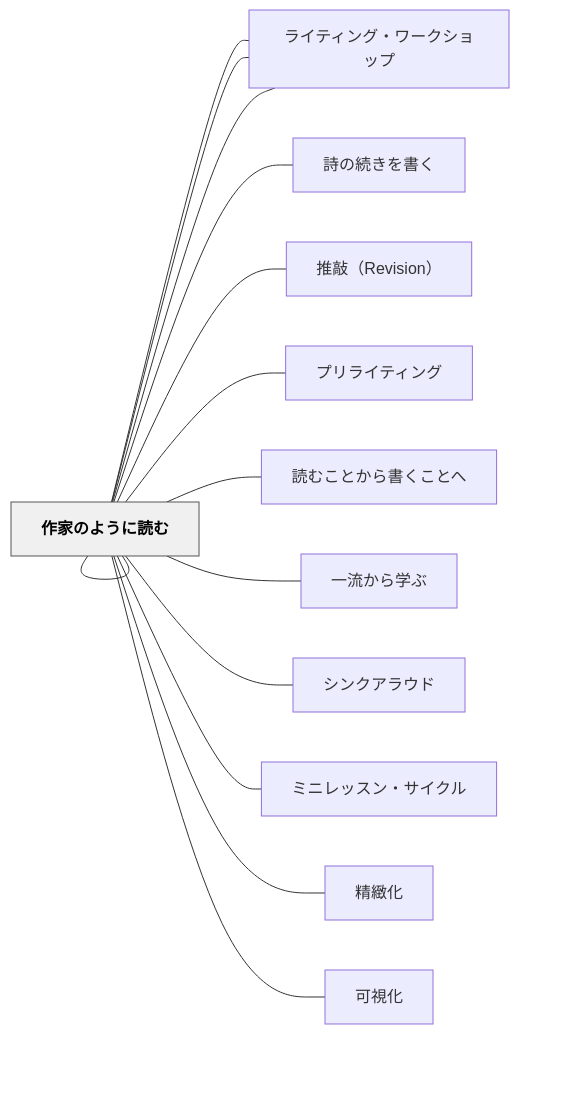
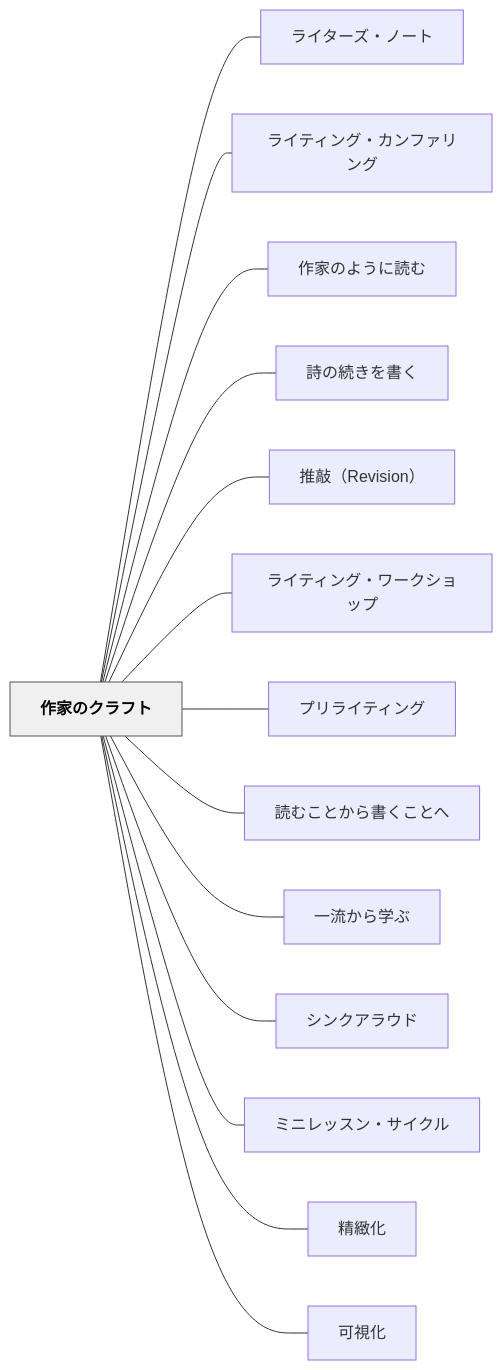
Before and after one commit to unknownthings-ed-patterns/unknownthings-ed-patterns: the diagram in content/パタン/作家のクラフト.md, drawn with Mermaid. The commit also changed 527 other files, not shown here.

````diff
--- a/content/パタン/作家のクラフト.md
+++ b/content/パタン/作家のクラフト.md
@@ -206,34 +206,34 @@
 ```mermaid
 flowchart LR
-    ne4bd9ce5aeb6["作家のクラフト"]
-    ne383a9e382a4["ライターズ・ノート"]
-    ne383a9e382a4["ライティング・カンファリング"]
-    ne4bd9ce5aeb6["作家のように読む"]
-    ne8a9a9e381ae["詩の続きを書く"]
-    ne68ea8e695b2["推敲（Revision）"]
-    ne383a9e382a4["ライティング・ワークショップ"]
-    ne38397e383aa["プリライティング"]
-    ne8aaade38280["読むことから書くことへ"]
-    ne4b880e6b581["一流から学ぶ"]
-    ne382b7e383b3["シンクアラウド"]
-    ne3839fe3838b["ミニレッスン・サイクル"]
-    ne7b2bee7b7bb["精緻化"]
-    ne58fafe8a696["可視化"]
+    ne4bd9ce5aeb6e381aee382afe383a9e38395e38388["作家のクラフト"]
+    ne383a9e382a4e382bfe383bce382bae383bbe3838ee383bce38388["ライターズ・ノート"]
+    ne383a9e382a4e38386e382a3e383b3e382b0e383bbe382abe383b3e38395e382a1e383aae383b3e382b0["ライティング・カンファリング"]
+    ne4bd9ce5aeb6e381aee38288e38186e381abe8aaade38280["作家のように読む"]
+    ne8a9a9e381aee7b69ae3818de38292e69bb8e3818f["詩の続きを書く"]
+    ne68ea8e695b2efbc885265766973696f6eefbc89["推敲（Revision）"]
+    ne383a9e382a4e38386e382a3e383b3e382b0e383bbe383afe383bce382afe382b7e383a7e38383e38397["ライティング・ワークショップ"]
+    ne38397e383aae383a9e382a4e38386e382a3e383b3e382b0["プリライティング"]
+    ne8aaade38280e38193e381a8e3818be38289e69bb8e3818fe38193e381a8e381b8["読むことから書くことへ"]
+    ne4b880e6b581e3818be38289e5ada6e381b6["一流から学ぶ"]
+    ne382b7e383b3e382afe382a2e383a9e382a6e38389["シンクアラウド"]
+    ne3839fe3838be383ace38383e382b9e383b3e383bbe382b5e382a4e382afe383ab["ミニレッスン・サイクル"]
+    ne7b2bee7b7bbe58c96["精緻化"]
+    ne58fafe8a696e58c96["可視化"]
 
-    ne4bd9ce5aeb6 --- ne383a9e382a4
-    ne4bd9ce5aeb6 --- ne383a9e382a4
-    ne4bd9ce5aeb6 --- ne4bd9ce5aeb6
-    ne4bd9ce5aeb6 --- ne8a9a9e381ae
-    ne4bd9ce5aeb6 --- ne68ea8e695b2
-    ne4bd9ce5aeb6 --- ne383a9e382a4
-    ne4bd9ce5aeb6 --- ne38397e383aa
-    ne4bd9ce5aeb6 --- ne8aaade38280
-    ne4bd9ce5aeb6 --- ne4b880e6b581
-    ne4bd9ce5aeb6 --- ne382b7e383b3
-    ne4bd9ce5aeb6 --- ne3839fe3838b
-    ne4bd9ce5aeb6 --- ne7b2bee7b7bb
-    ne4bd9ce5aeb6 --- ne58fafe8a696
+    ne4bd9ce5aeb6e381aee382afe383a9e38395e38388 --- ne383a9e382a4e382bfe383bce382bae383bbe3838ee383bce38388
+    ne4bd9ce5aeb6e381aee382afe383a9e38395e38388 --- ne383a9e382a4e38386e382a3e383b3e382b0e383bbe382abe383b3e38395e382a1e383aae383b3e382b0
+    ne4bd9ce5aeb6e381aee382afe383a9e38395e38388 --- ne4bd9ce5aeb6e381aee38288e38186e381abe8aaade38280
+    ne4bd9ce5aeb6e381aee382afe383a9e38395e38388 --- ne8a9a9e381aee7b69ae3818de38292e69bb8e3818f
+    ne4bd9ce5aeb6e381aee382afe383a9e38395e38388 --- ne68ea8e695b2efbc885265766973696f6eefbc89
+    ne4bd9ce5aeb6e381aee382afe383a9e38395e38388 --- ne383a9e382a4e38386e382a3e383b3e382b0e383bbe383afe383bce382afe382b7e383a7e38383e38397
+    ne4bd9ce5aeb6e381aee382afe383a9e38395e38388 --- ne38397e383aae383a9e382a4e38386e382a3e383b3e382b0
+    ne4bd9ce5aeb6e381aee382afe383a9e38395e38388 --- ne8aaade38280e38193e381a8e3818be38289e69bb8e3818fe38193e381a8e381b8
+    ne4bd9ce5aeb6e381aee382afe383a9e38395e38388 --- ne4b880e6b581e3818be38289e5ada6e381b6
+    ne4bd9ce5aeb6e381aee382afe383a9e38395e38388 --- ne382b7e383b3e382afe382a2e383a9e382a6e38389
+    ne4bd9ce5aeb6e381aee382afe383a9e38395e38388 --- ne3839fe3838be383ace38383e382b9e383b3e383bbe382b5e382a4e382afe383ab
+    ne4bd9ce5aeb6e381aee382afe383a9e38395e38388 --- ne7b2bee7b7bbe58c96
+    ne4bd9ce5aeb6e381aee382afe383a9e38395e38388 --- ne58fafe8a696e58c96
 
     classDef hub fill:#f0f0f0,stroke:#555,color:#000,font-weight:bold
-    class ne4bd9ce5aeb6 hub
+    class ne4bd9ce5aeb6e381aee382afe383a9e38395e38388 hub
 ```
````
